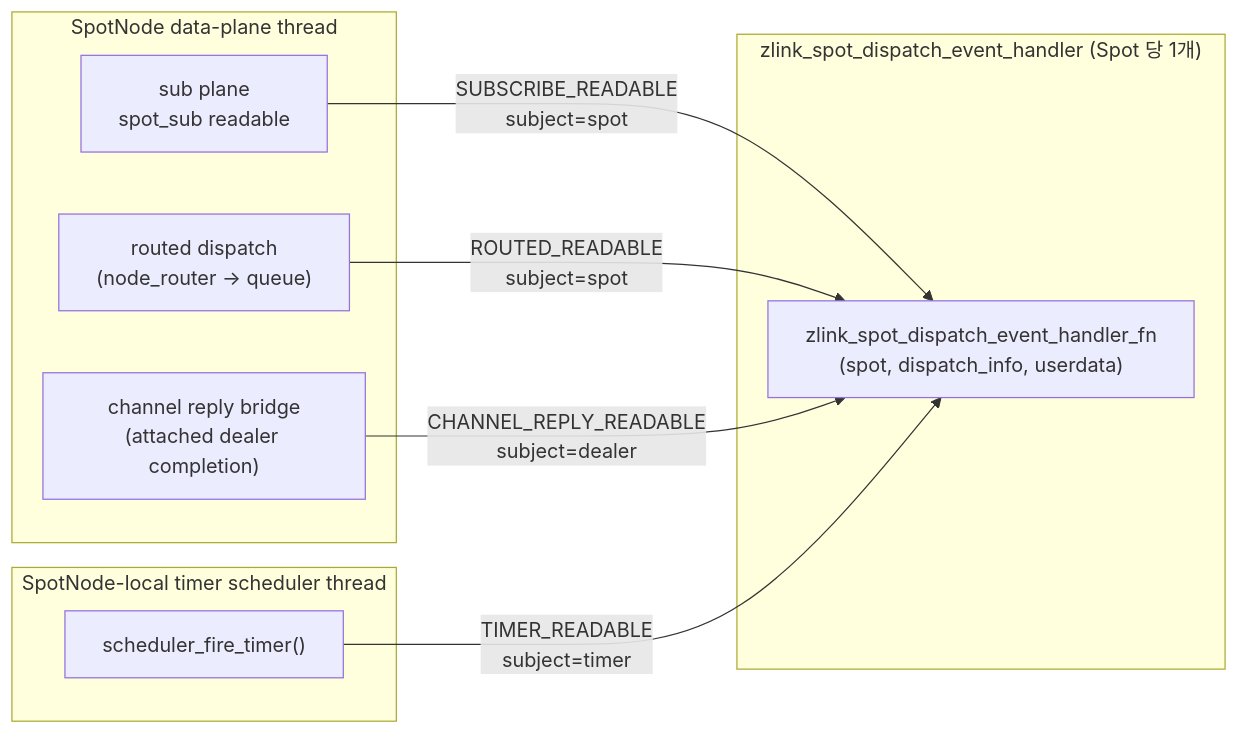
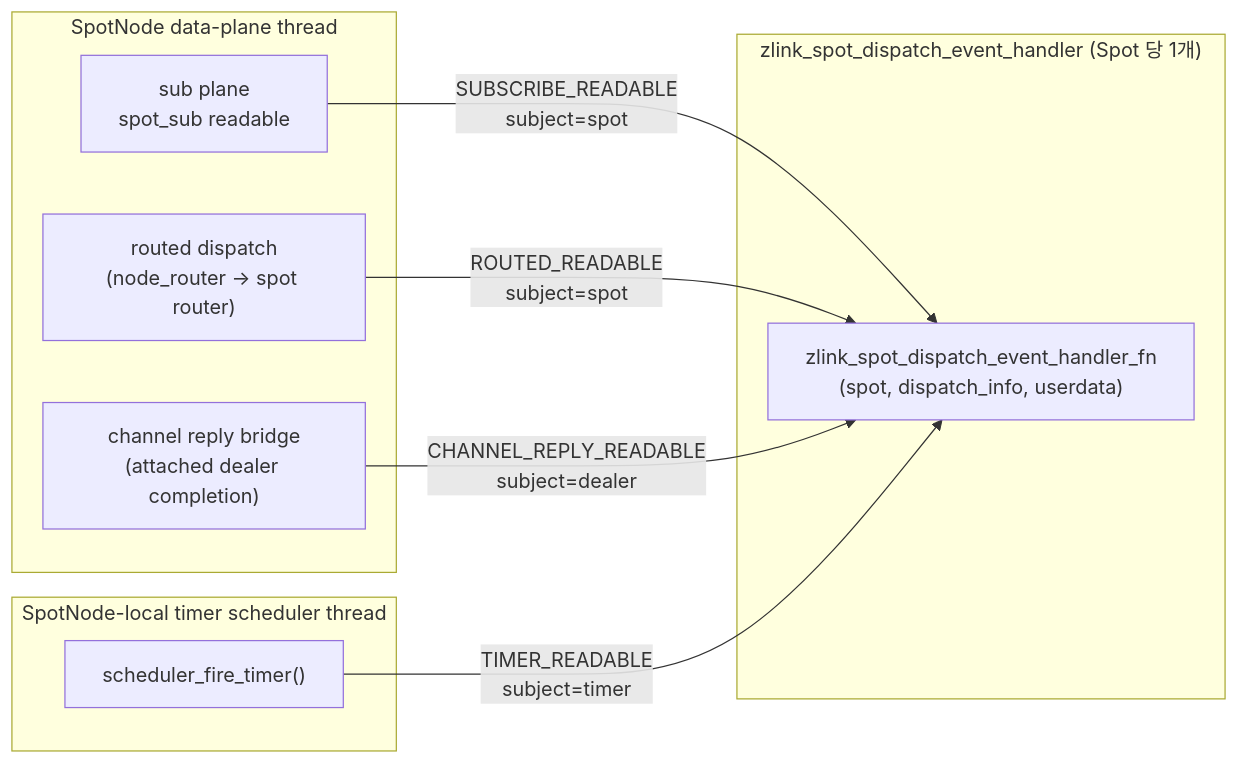
Diagram 14 of 15 in doc/internals/spot-internals.ko.md (kairos-code-dev/zlink), drawn with Mermaid before and after one commit. The commit also changed other lines of this file and 132 other files, not shown here.

````diff
--- a/doc/internals/spot-internals.ko.md
+++ b/doc/internals/spot-internals.ko.md
@@ -423,21 +437,21 @@
 ```mermaid
 flowchart LR
     subgraph DataPlane["SpotNode data-plane thread"]
         ingress["sub plane<br/>spot_sub readable"]
-        routed["routed dispatch<br/>(node_router -> queue)"]
+        routed["routed dispatch<br/>(node_router -> spot router)"]
         bridge["channel reply bridge<br/>(attached dealer completion)"]
     end
 
     subgraph Scheduler["SpotNode-local timer scheduler thread"]
         tick["scheduler_fire_timer()"]
     end
 
     subgraph UserHandler["zlink_spot_dispatch_event_handler (Spot 당 1개)"]
         handler["zlink_spot_dispatch_event_handler_fn<br/>(spot, dispatch_info, userdata)"]
     end
 
     ingress -->|"SUBSCRIBE_READABLE<br/>subject=spot"| handler
     routed  -->|"ROUTED_READABLE<br/>subject=spot"| handler
     bridge  -->|"CHANNEL_REPLY_READABLE<br/>subject=dealer"| handler
     tick    -->|"TIMER_READABLE<br/>subject=timer"| handler
 ```
````
